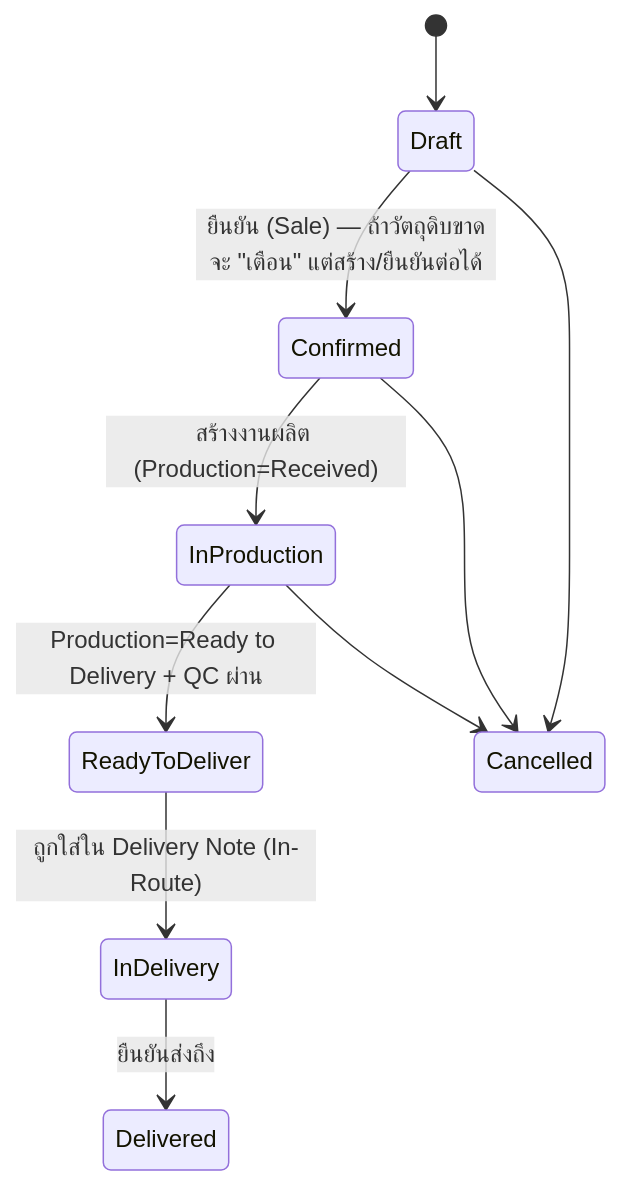
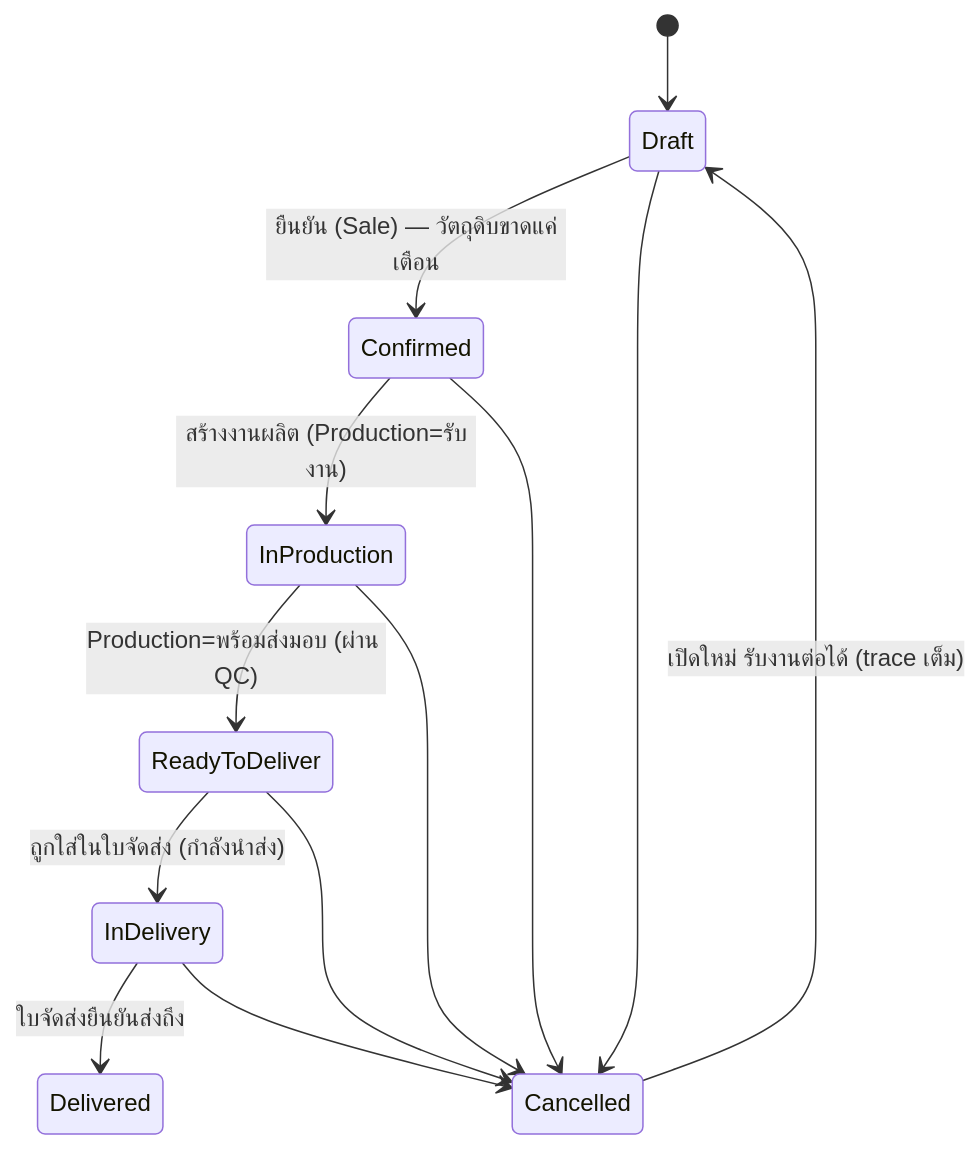
The second of 7 diagrams in docs/requirements/erp-v2-ui-first/status-journeys.md (sitthi-phat/erp-cosmetics-manufacturing-module), drawn with Mermaid before and after one commit. The commit also changed other lines of this file and 3 other files, not shown here.

````diff
--- a/docs/requirements/erp-v2-ui-first/status-journeys.md
+++ b/docs/requirements/erp-v2-ui-first/status-journeys.md
@@ -62,12 +59,15 @@
 ```mermaid
 stateDiagram-v2
     [*] --> Draft
-    Draft --> Confirmed: ยืนยัน (Sale) — ถ้าวัตถุดิบขาดจะ "เตือน" แต่สร้าง/ยืนยันต่อได้
-    Confirmed --> InProduction: สร้างงานผลิต (Production=Received)
-    InProduction --> ReadyToDeliver: Production=Ready to Delivery + QC ผ่าน
-    ReadyToDeliver --> InDelivery: ถูกใส่ใน Delivery Note (In-Route)
-    InDelivery --> Delivered: ยืนยันส่งถึง
+    Draft --> Confirmed: ยืนยัน (Sale) — วัตถุดิบขาดแค่เตือน
+    Confirmed --> InProduction: สร้างงานผลิต (Production=รับงาน)
+    InProduction --> ReadyToDeliver: Production=พร้อมส่งมอบ (ผ่าน QC)
+    ReadyToDeliver --> InDelivery: ถูกใส่ในใบจัดส่ง (กำลังนำส่ง)
+    InDelivery --> Delivered: ใบจัดส่งยืนยันส่งถึง
     Draft --> Cancelled
     Confirmed --> Cancelled
     InProduction --> Cancelled
+    ReadyToDeliver --> Cancelled
+    InDelivery --> Cancelled
+    Cancelled --> Draft: เปิดใหม่ รับงานต่อได้ (trace เต็ม)
 ```
````
